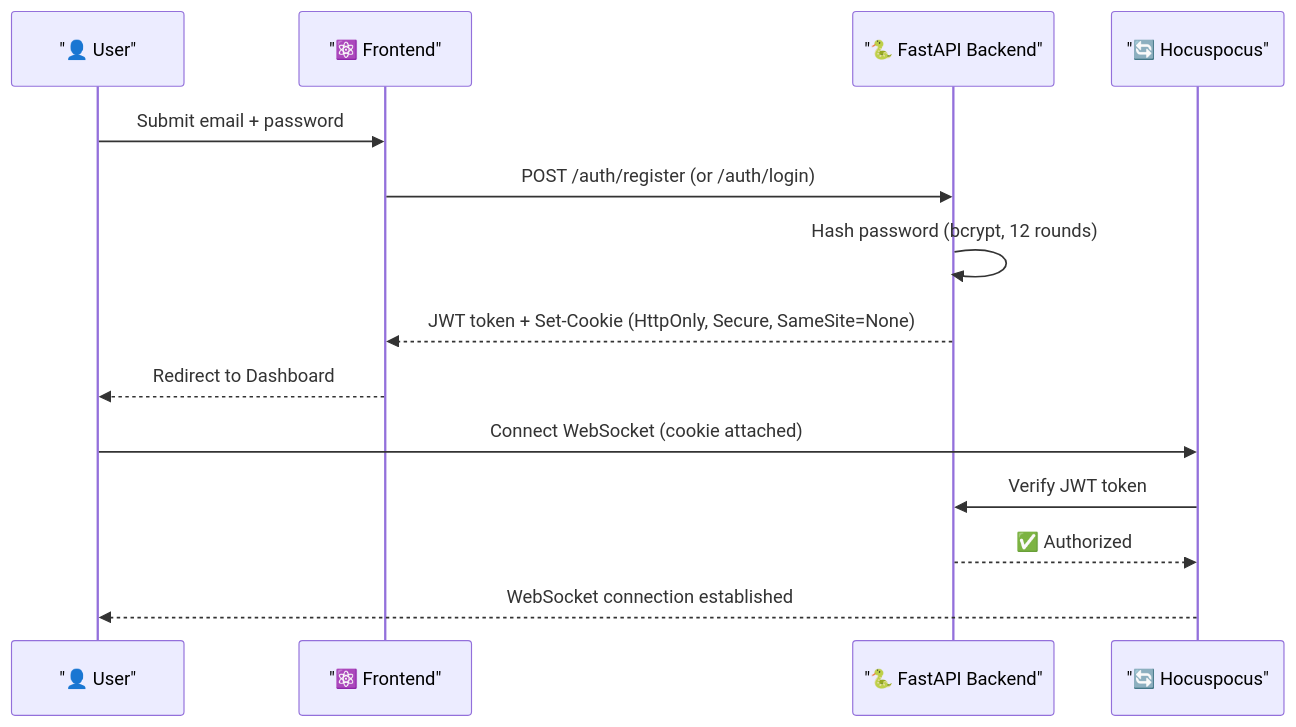
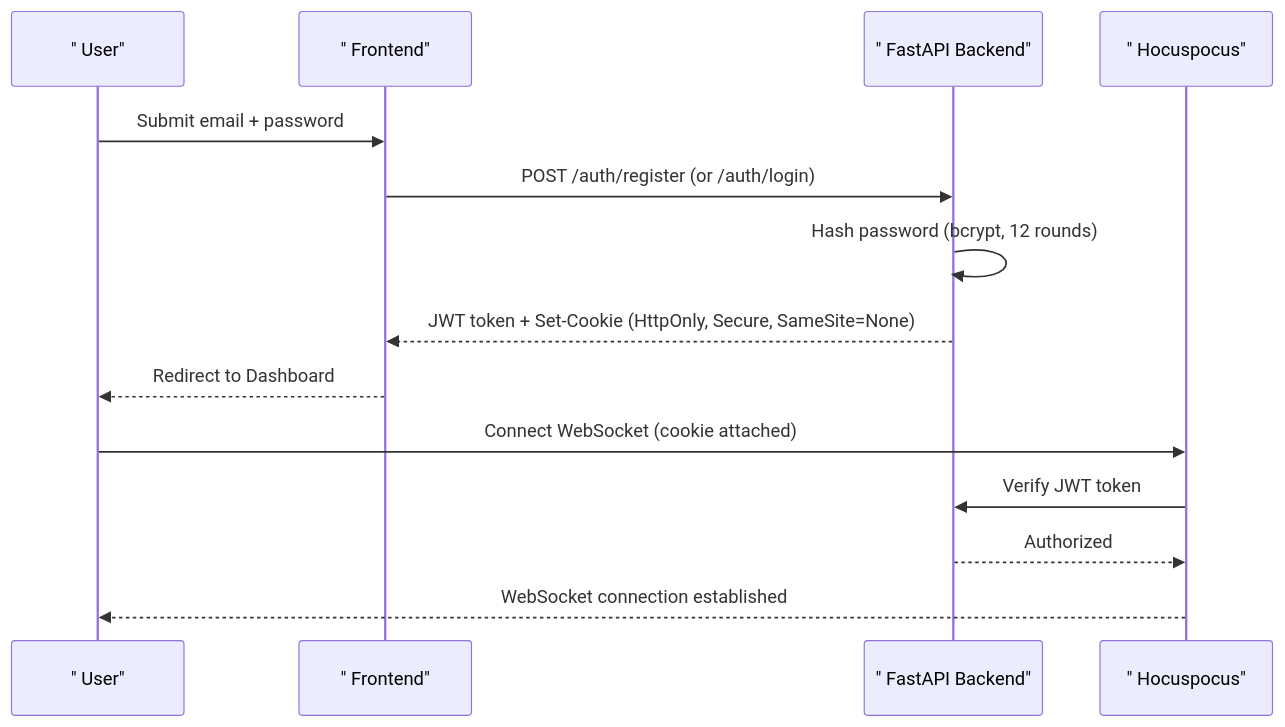
One commit to Panchadip-128/Syncpad-Distributed-State-Synchronization-Engine changed the third of 4 diagrams in README.md. Above: the diagram before and after it, drawn with Mermaid. The commit also changed other lines of this file, not shown here.

````diff
--- a/README.md
+++ b/README.md
@@ -229,18 +229,18 @@
 ```mermaid
 sequenceDiagram
-    participant User as "👤 User"
-    participant Next as "⚛️ Frontend"
-    participant API as "🐍 FastAPI Backend"
-    participant Sync as "🔄 Hocuspocus"
+    participant User as " User"
+    participant Next as " Frontend"
+    participant API as " FastAPI Backend"
+    participant Sync as " Hocuspocus"
     
     User->>Next: Submit email + password
     Next->>API: POST /auth/register (or /auth/login)
     API->>API: Hash password (bcrypt, 12 rounds)
     API-->>Next: JWT token + Set-Cookie (HttpOnly, Secure, SameSite=None)
     Next-->>User: Redirect to Dashboard
     
     User->>Sync: Connect WebSocket (cookie attached)
     Sync->>API: Verify JWT token
-    API-->>Sync: ✅ Authorized
+    API-->>Sync:  Authorized
     Sync-->>User: WebSocket connection established
 ```
````
